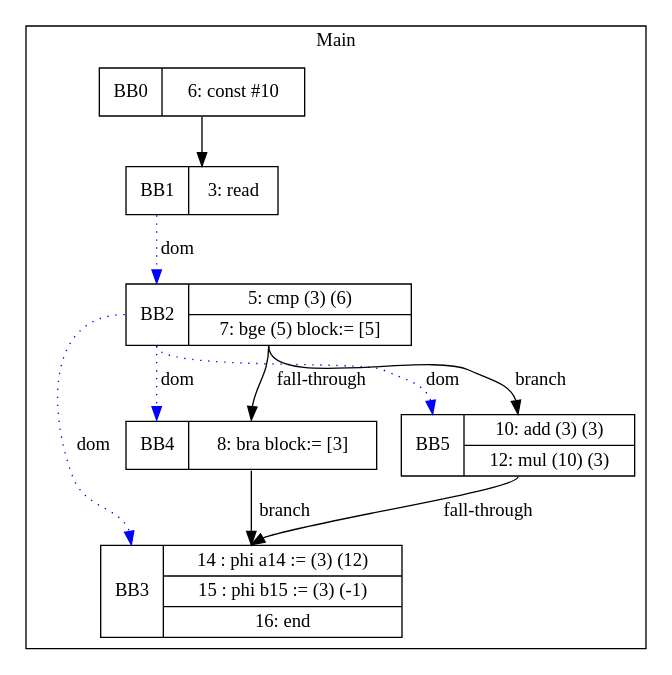
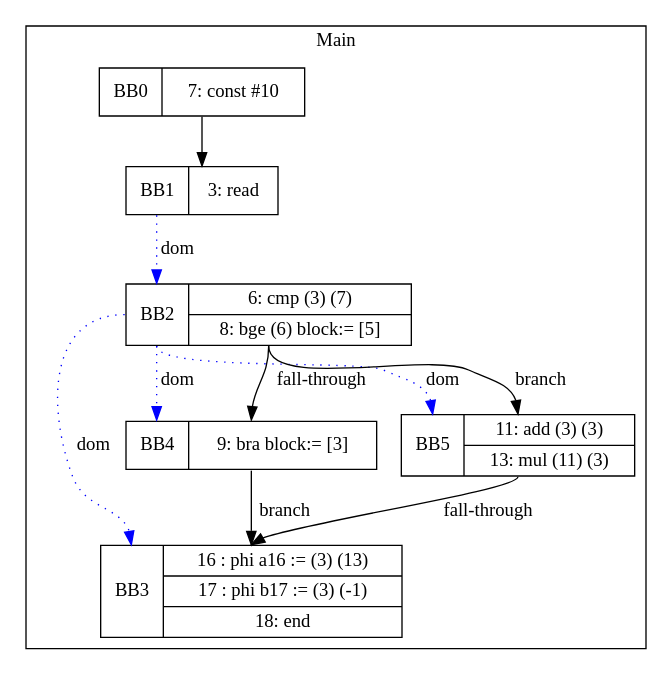
The diagram in visualization/Simon/phi_partially_initialized.gv (zjc664656505/UCI-CS241-Advanced-Compiler-main), drawn with Graphviz before and after one commit. The commit also changed 65 other files, not shown here.

```diff
--- a/visualization/Simon/phi_partially_initialized.gv
+++ b/visualization/Simon/phi_partially_initialized.gv
@@ -1,21 +1,21 @@
 digraph G {
 node [shape=record];
 subgraph cluster_main{
 label = "Main";
-BB0 [shape=record, label="<b>BB0|{6: const #10}"];
+BB0 [shape=record, label="<b>BB0|{7: const #10}"];
 BB1 [shape=record, label="<b>BB1|{3: read}"];
-BB2 [shape=record, label="<b>BB2|{5: cmp (3) (6)|7: bge (5) block:= [5]}"];
-BB3 [shape=record, label="<b>BB3|{14 : phi a14 := (3) (12)|15 : phi b15 := (3) (-1)|16: end}"];
-BB4 [shape=record, label="<b>BB4|{8: bra block:= [3]}"];
-BB5 [shape=record, label="<b>BB5|{10: add (3) (3)|12: mul (10) (3)}"];
+BB2 [shape=record, label="<b>BB2|{6: cmp (3) (7)|8: bge (6) block:= [5]}"];
+BB3 [shape=record, label="<b>BB3|{16 : phi a16 := (3) (13)|17 : phi b17 := (3) (-1)|18: end}"];
+BB4 [shape=record, label="<b>BB4|{9: bra block:= [3]}"];
+BB5 [shape=record, label="<b>BB5|{11: add (3) (3)|13: mul (11) (3)}"];
 }
 BB0:s -> BB1:n ;
 BB2:b -> BB3:b [color=blue, style=dotted, label="dom"];
 BB2:b -> BB4:b [color=blue, style=dotted, label="dom"];
 BB1:b -> BB2:b [color=blue, style=dotted, label="dom"];
 BB2:b -> BB5:b [color=blue, style=dotted, label="dom"];
 BB2:s -> BB5:n [label="branch"];
 BB4:s -> BB3:n [label="branch"];
 BB5:s -> BB3:n [label="fall-through"];
 BB2:s -> BB4:n [label="fall-through"];
 }
```
